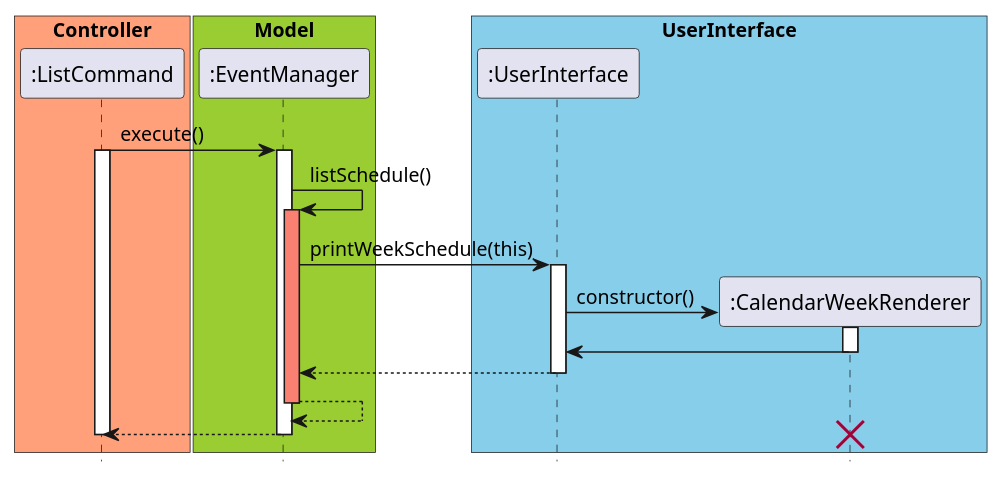
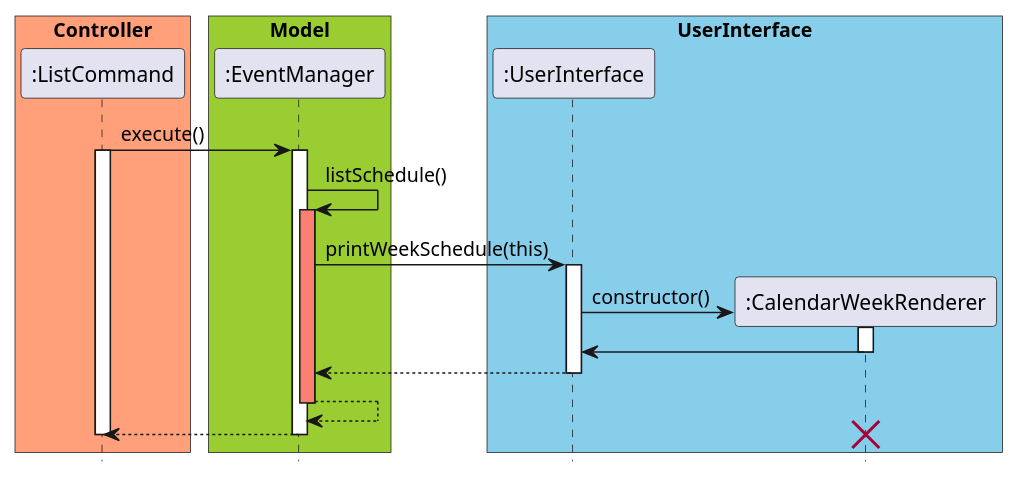
The diagram in docs/plantuml/ListWeekSequence.puml (untitle4/tp), drawn with PlantUML before and after one commit. The commit also changed 9 other files, not shown here.

Commit message:
Update uml diagrams for dg

```diff
--- a/docs/plantuml/ListWeekSequence.puml
+++ b/docs/plantuml/ListWeekSequence.puml
@@ -1,37 +1,38 @@
 @startuml
 hide footbox
+skinparam BoxPadding 5
 
 box "Controller" #LightSalmon
 participant ":ListCommand"
 end box
 
 box "Model" #YellowGreen
 participant ":EventManager"
 end box
 
 box "UserInterface" #skyblue
 participant ":UserInterface"
 participant ":CalendarWeekRenderer"
 end box
 
 ":ListCommand" -> ":EventManager" : execute()
 activate ":ListCommand"
 activate ":EventManager"
 ":EventManager" -> ":EventManager" : listSchedule()
 activate ":EventManager" #Salmon
 ":EventManager" -> ":UserInterface" : printWeekSchedule(this)
 activate ":UserInterface"
 ":UserInterface" -> ":CalendarWeekRenderer"** : constructor()
 activate ":CalendarWeekRenderer"
 ":CalendarWeekRenderer" -> ":UserInterface"
 deactivate ":CalendarWeekRenderer"
 ":UserInterface" --> ":EventManager"
 deactivate ":UserInterface"
 ":EventManager" --> ":EventManager"
 deactivate ":EventManager"
 ":EventManager" --> ":ListCommand"
 deactivate
 deactivate ":ListCommand"
 destroy ":CalendarWeekRenderer"
 
 @enduml
```
